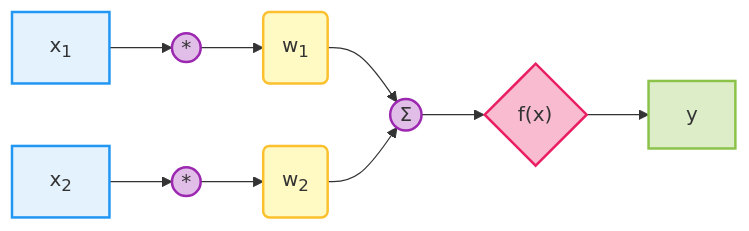
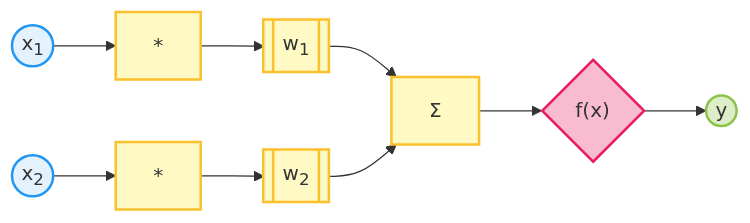
Before and after one commit to teenytinynn/from-neuron-to-chat: the diagram in mermaid/neuron.mmd, drawn with Mermaid. The commit also changed 4 other files, not shown here.

```diff
--- a/mermaid/neuron.mmd
+++ b/mermaid/neuron.mmd
@@ -1,22 +1,22 @@
 flowchart LR
     classDef in fill:#E3F2FD,stroke:#2196F3,stroke-width:2px;
     classDef para fill:#FFF9C4,stroke:#FBC02D,stroke-width:2px;
     classDef act fill:#E1BEE7,stroke:#9C27B0,stroke-width:2px;
     classDef func fill:#F8BBD0,stroke:#E91E63,stroke-width:2px;
     classDef out fill:#DCEDC8,stroke:#8BC34A,stroke-width:2px;
     classDef skip stroke:#B0BEC5,stroke-width:2px,stroke-dasharray: 5 5;
 
-    X1[x<sub>1</sub>]:::in
-    X2[x<sub>2</sub>]:::in
-    M1((*)):::act
-    M2((*)):::act
-    W1(w<sub>1</sub>):::para
-    W2(w<sub>2</sub>):::para
-    S((Σ)):::act
+    X1((x<sub>1</sub>)):::in
+    X2((x<sub>2</sub>)):::in
+    M1[*]:::para
+    M2[*]:::para
+    W1[[w<sub>1</sub>]]:::para
+    W2[[w<sub>2</sub>]]:::para
+    S[Σ]:::para
     A{"f(x)"}:::func
-    Y[y]:::out
+    Y((y)):::out
 
     X1 --> M1 --> W1
     X2 --> M2 --> W2
     W1 --> S --> A --> Y
     W2 --> S
```
